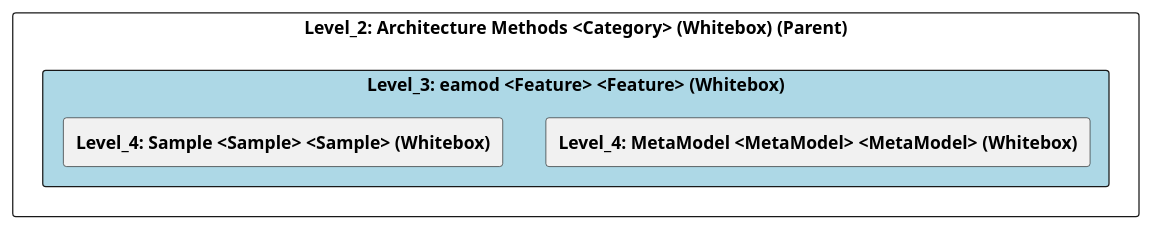
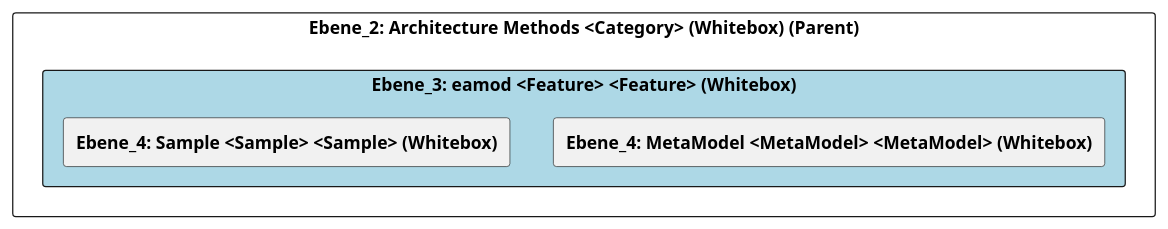
Before and after one commit to marcozwyssig/cleon: the diagram in doc/cleonproject_deliverables_architecture_model_architecture/adoc/de/05_bausteinsicht/cleon/architecture_methods/eamod/ebene_3_eamod.adoc, drawn with PlantUML. The commit also changed other lines of this file and 258 other files, not shown here.

```diff
--- a/doc/cleonproject_deliverables_architecture_model_architecture/adoc/de/05_bausteinsicht/cleon/architecture_methods/eamod/ebene_3_eamod.adoc
+++ b/doc/cleonproject_deliverables_architecture_model_architecture/adoc/de/05_bausteinsicht/cleon/architecture_methods/eamod/ebene_3_eamod.adoc
@@ -24,25 +24,25 @@
-[plantuml, Level_3: eamod <Feature> <Feature> (Whitebox)BlockOverview, format="svg"]
+[plantuml, Ebene_3: eamod <Feature> <Feature> (Whitebox)BlockOverview, format="svg"]
 ----
-@startuml Level_3: eamod <Feature> <Feature> (Whitebox)BuildingBlockOverview
+@startuml Ebene_3: eamod <Feature> <Feature> (Whitebox)BuildingBlockOverview
 
 skinparam ranksep 10
 skinparam componentStyle rectangle
 skinparam shadowing false
 skinparam arrowColor lightblue
 skinparam arrowThickness 1.2
 skinparam rectangle {
   BackgroundColor White
   BorderColor #333
   RoundCorner 10
 }
 top to bottom direction
 
-component "Level_2: Architecture Methods <Category> (Whitebox) (Parent)" {
-    component "Level_3: eamod <Feature> <Feature> (Whitebox)" #lightblue {
-        [**Level_4: MetaModel <MetaModel> <MetaModel> (Whitebox)**] as 4A56DE52_D579_11EE_903E_9F564E4DE07E
-        [**Level_4: Sample <Sample> <Sample> (Whitebox)**] as 4A56DE4F_D579_11EE_903E_9F564E4DE07E
+component "Ebene_2: Architecture Methods <Category> (Whitebox) (Parent)" {
+    component "Ebene_3: eamod <Feature> <Feature> (Whitebox)" #lightblue {
+        [**Ebene_4: MetaModel <MetaModel> <MetaModel> (Whitebox)**] as 4A56DE52_D579_11EE_903E_9F564E4DE07E
+        [**Ebene_4: Sample <Sample> <Sample> (Whitebox)**] as 4A56DE4F_D579_11EE_903E_9F564E4DE07E
     }
 }
 
 @enduml
 ----
```
